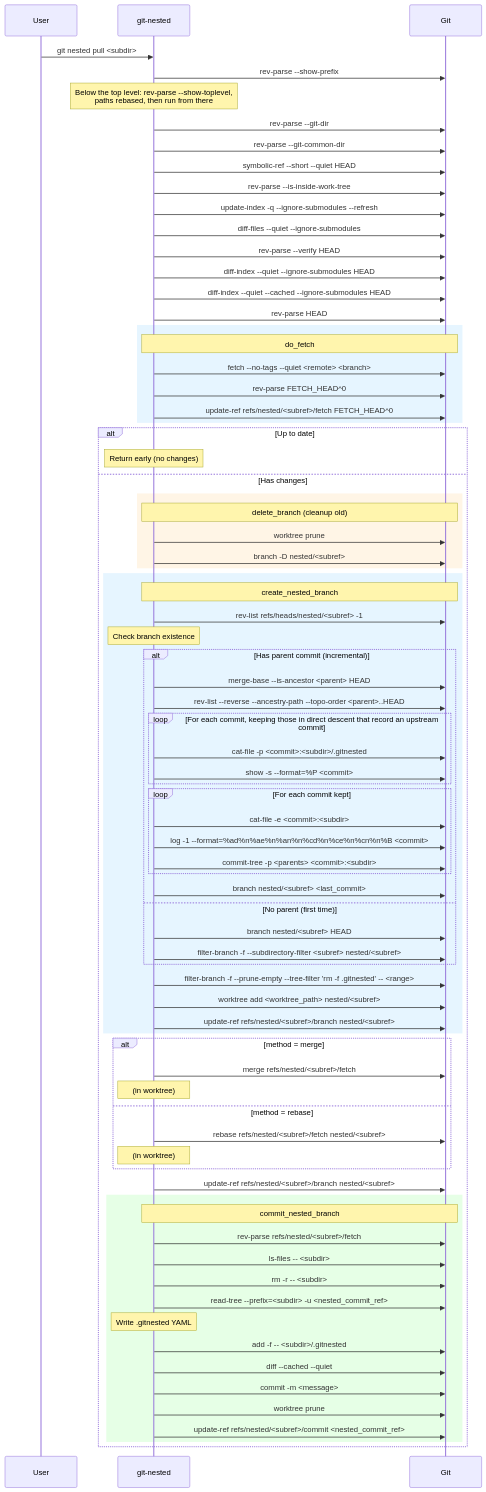
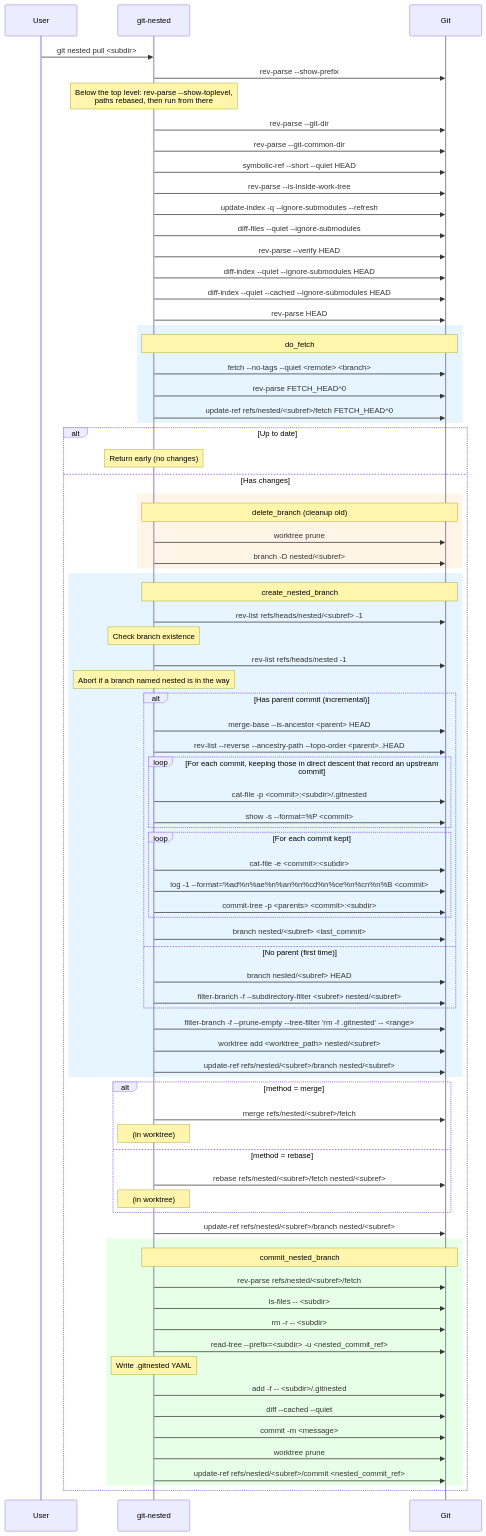
The fourth of 14 diagrams in docs/diagrams.md (thorsten-klein/git-nested), drawn with Mermaid before and after one commit. The commit also changed 3 other files, not shown here.

First line of the commit message:
fix: name a branch called nested when it blocks the nested branch

```diff
--- a/docs/diagrams.md
+++ b/docs/diagrams.md
@@ -170,6 +170,8 @@
             Note over git-nested,Git: create_nested_branch
             git-nested->>Git: rev-list refs/heads/nested/<subref> -1
             Note over git-nested: Check branch existence
+            git-nested->>Git: rev-list refs/heads/nested -1
+            Note over git-nested: Abort if a branch named nested is in the way
 
             alt Has parent commit (incremental)
                 git-nested->>Git: merge-base --is-ancestor <parent> HEAD
```
